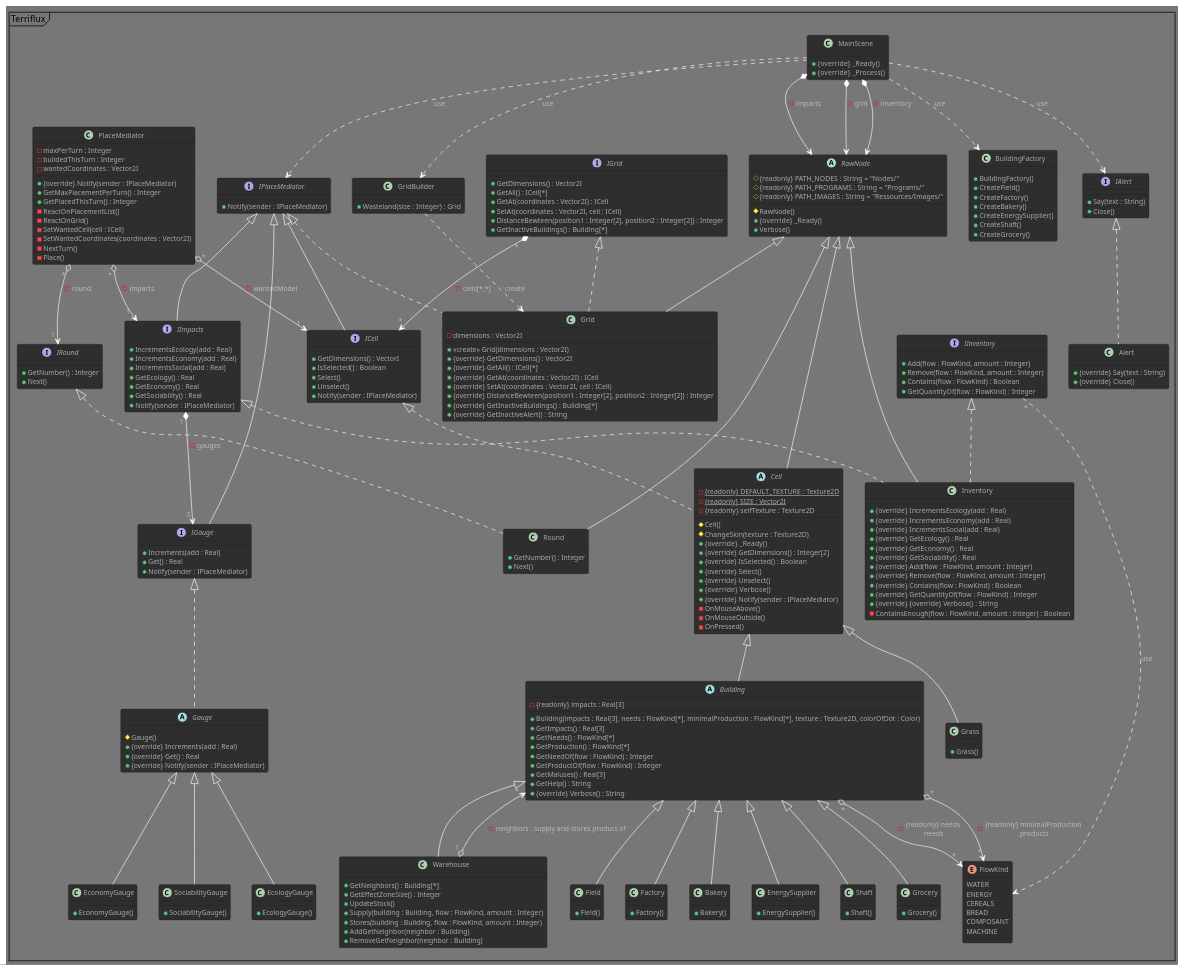
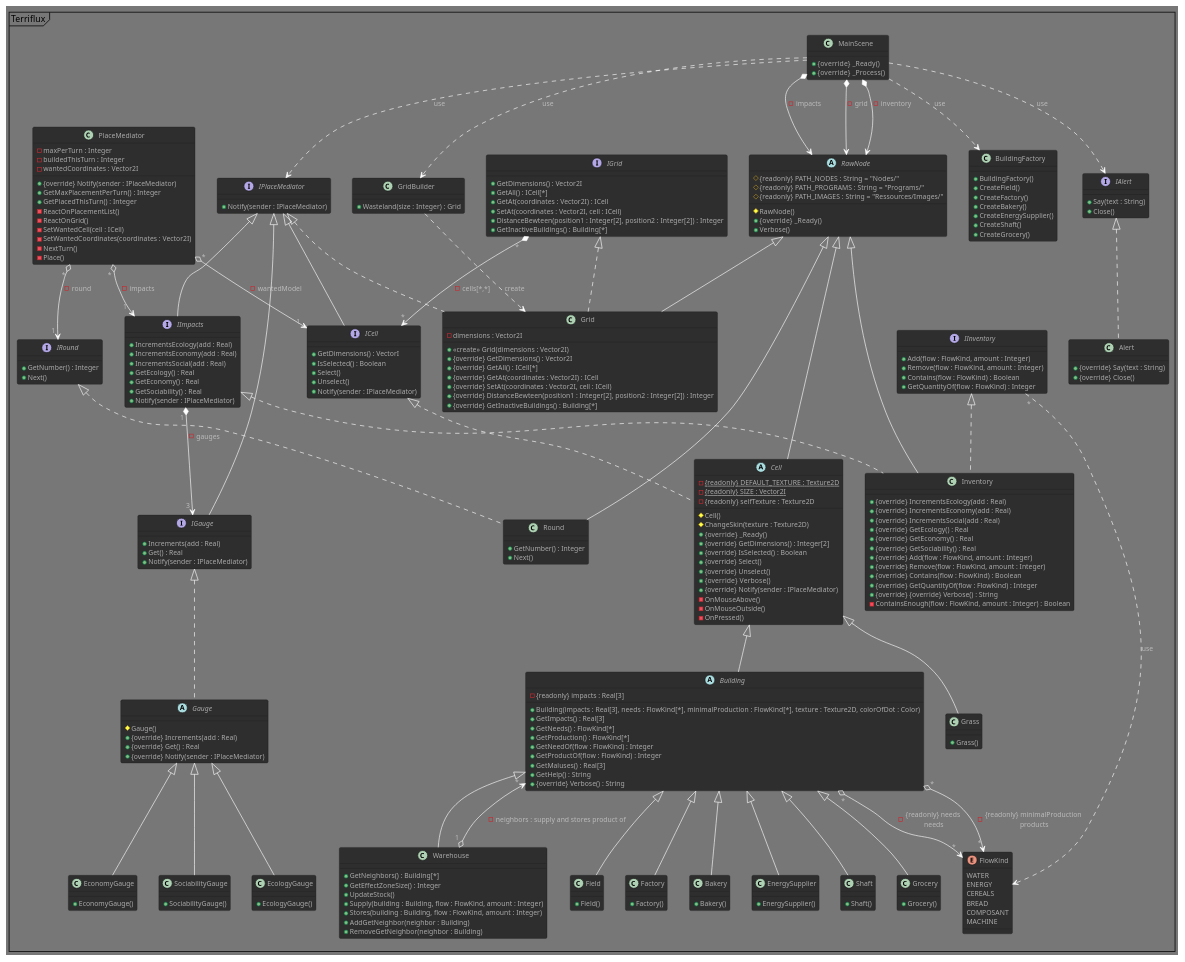
One commit to Spidermatou/Terriflux changed the diagram in Terriflux.puml. Above: the diagram before and after it, drawn with PlantUML. The commit also changed 2 other files, not shown here.

```diff
--- a/Terriflux.puml
+++ b/Terriflux.puml
@@ -200,7 +200,6 @@
     + {override} SetAt(coordinates : Vector2I, cell : ICell)
     + {override} DistanceBewteen(position1 : Integer[2], position2 : Integer[2]) : Integer
     + {override} GetInactiveBuildings() : Building[*]        /' batiments qui ne peuvent produire '/   
-    + {override} GetInactiveAlert() : String
 }
 class GridBuilder
 {
```
